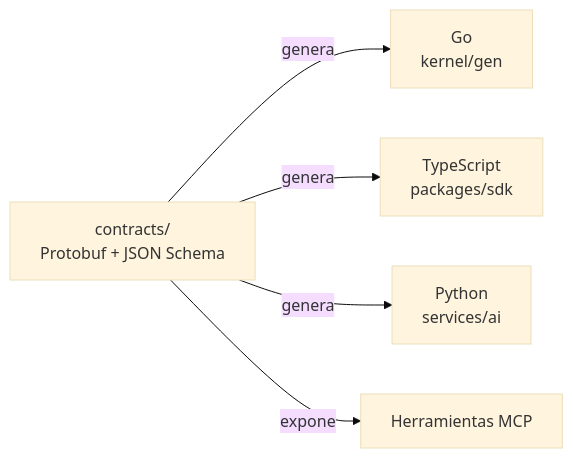
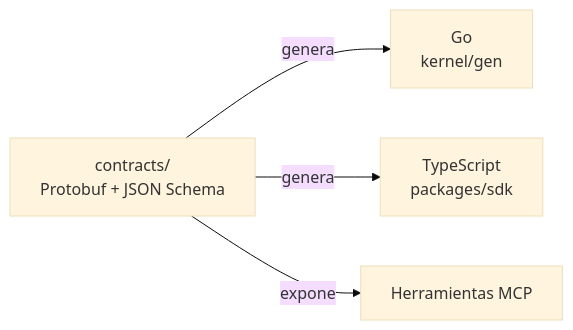
One commit to NexusThrive/nexusthrive changed the diagram in docs/02-arquitectura/contrato.md. Above: the diagram before and after it, drawn with Mermaid (base theme). The commit also changed other lines of this file and 4 other files, not shown here.

````diff
--- a/docs/02-arquitectura/contrato.md
+++ b/docs/02-arquitectura/contrato.md
@@ -13,7 +13,6 @@
 ```mermaid
 flowchart LR
     C["contracts/<br/>Protobuf + JSON Schema"] -->|"genera"| GO["Go<br/>kernel/gen"]
     C -->|"genera"| TS["TypeScript<br/>packages/sdk"]
-    C -->|"genera"| PY["Python<br/>services/ai"]
     C -->|"expone"| MCP["Herramientas MCP"]
 ```
````
